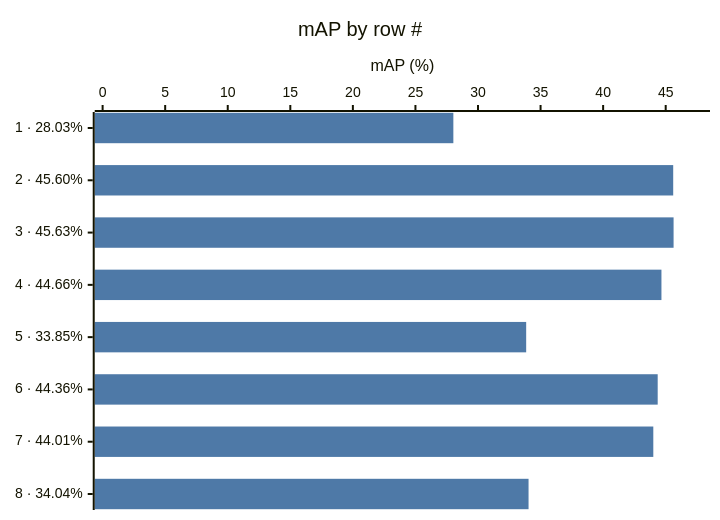
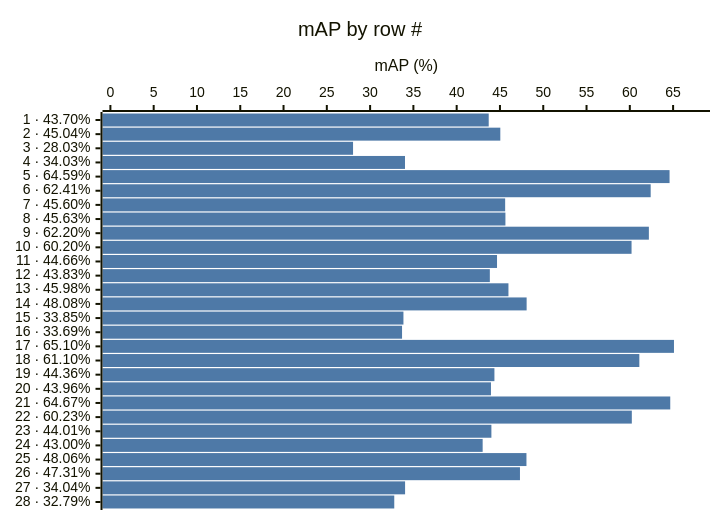
One commit to karolmajek/torment-nexus changed the fourth of 8 diagrams in results/table.md. Above: the diagram before and after it, drawn with Mermaid. The commit also changed other lines of this file and 43 other files, not shown here.

````diff
--- a/results/table.md
+++ b/results/table.md
@@ -76,8 +158,8 @@
 ```mermaid
 %%{init: {"themeVariables": {"xyChart": {"backgroundColor": "transparent", "plotColorPalette": "#4e79a7"}}}}%%
 xychart-beta horizontal
     title "mAP by row #"
-    x-axis ["1 · 28.03%", "2 · 45.60%", "3 · 45.63%", "4 · 44.66%", "5 · 33.85%", "6 · 44.36%", "7 · 44.01%", "8 · 34.04%"]
-    y-axis "mAP (%)" 0 --> 47.91
-    bar [28.03, 45.60, 45.63, 44.66, 33.85, 44.36, 44.01, 34.04]
+    x-axis ["1 · 43.70%", "2 · 45.04%", "3 · 28.03%", "4 · 34.03%", "5 · 64.59%", "6 · 62.41%", "7 · 45.60%", "8 · 45.63%", "9 · 62.20%", "10 · 60.20%", "11 · 44.66%", "12 · 43.83%", "13 · 45.98%", "14 · 48.08%", "15 · 33.85%", "16 · 33.69%", "17 · 65.10%", "18 · 61.10%", "19 · 44.36%", "20 · 43.96%", "21 · 64.67%", "22 · 60.23%", "23 · 44.01%", "24 · 43.00%", "25 · 48.06%", "26 · 47.31%", "27 · 34.04%", "28 · 32.79%"]
+    y-axis "mAP (%)" 0 --> 68.35
+    bar [43.70, 45.04, 28.03, 34.03, 64.59, 62.41, 45.60, 45.63, 62.20, 60.20, 44.66, 43.83, 45.98, 48.08, 33.85, 33.69, 65.10, 61.10, 44.36, 43.96, 64.67, 60.23, 44.01, 43.00, 48.06, 47.31, 34.04, 32.79]
 ```
````
